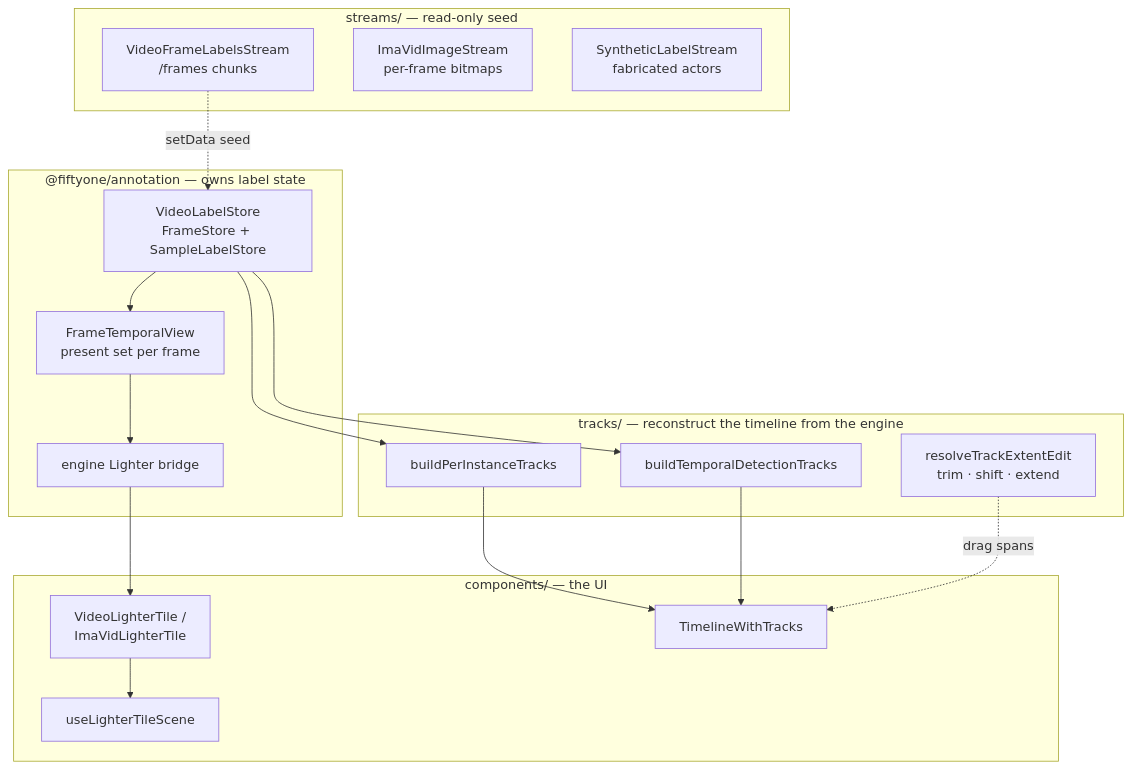
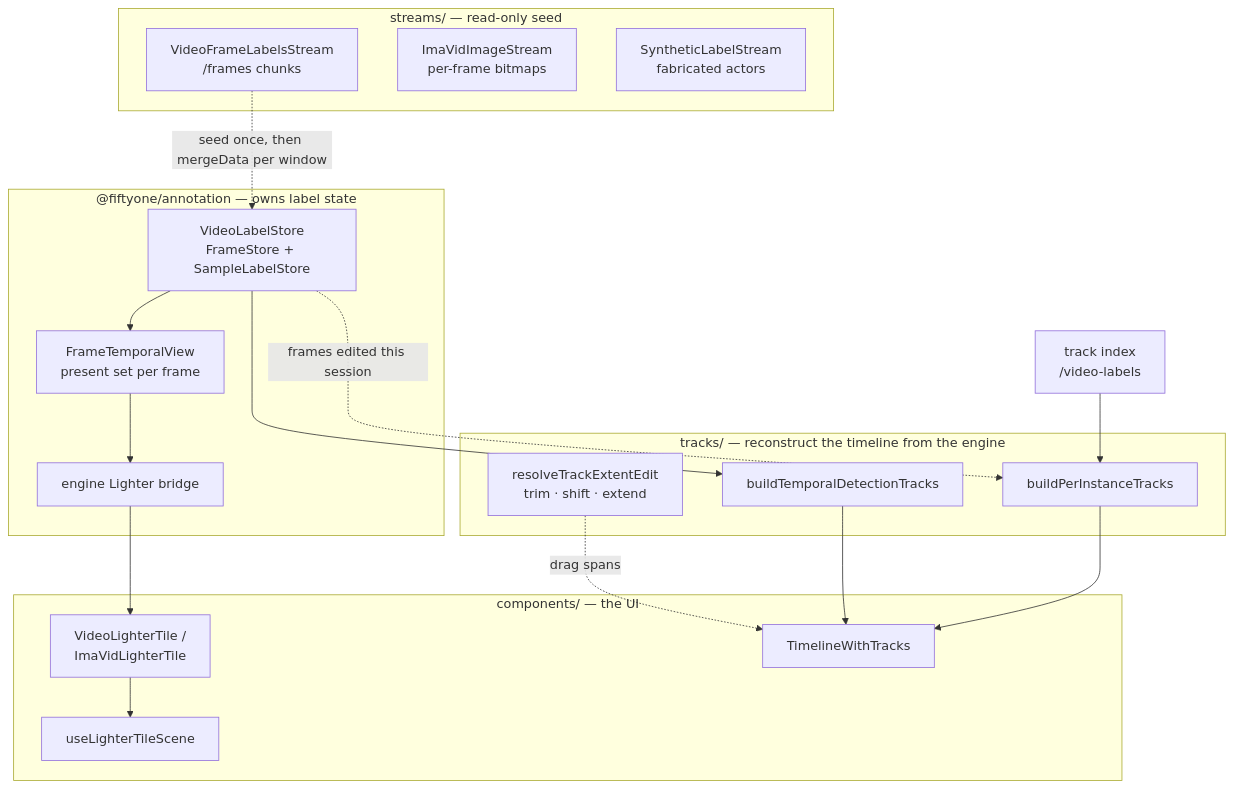
The third of 5 diagrams in app/packages/video-annotation/README.md (voxel51/fiftyone), drawn with Mermaid before and after one commit. The commit also changed other lines of this file and 6 other files, not shown here.

````diff
--- a/app/packages/video-annotation/README.md
+++ b/app/packages/video-annotation/README.md
@@ -129,31 +138,33 @@
 ```mermaid
 flowchart TB
     subgraph streams["streams/ — read-only seed"]
         VFLS[VideoFrameLabelsStream<br/>/frames chunks]
         IVS[ImaVidImageStream<br/>per-frame bitmaps]
         SLS[SyntheticLabelStream<br/>fabricated actors]
     end
     subgraph engine["@fiftyone/annotation — owns label state"]
         VLS[VideoLabelStore<br/>FrameStore + SampleLabelStore]
         TV[FrameTemporalView<br/>present set per frame]
         BR[engine Lighter bridge]
     end
     subgraph tracks["tracks/ — reconstruct the timeline from the engine"]
         FT[buildPerInstanceTracks]
         TDT[buildTemporalDetectionTracks]
         TEE[resolveTrackExtentEdit<br/>trim · shift · extend]
     end
     subgraph comp["components/ — the UI"]
         TILE[VideoLighterTile /<br/>ImaVidLighterTile]
         SCENE[useLighterTileScene]
         TL[TimelineWithTracks]
     end
 
-    VFLS -. setData seed .-> VLS
+    VFLS -. seed once, then mergeData per window .-> VLS
     VLS --> TV --> BR
-    VLS --> FT & TDT
+    IDX[track index<br/>/video-labels] --> FT
+    VLS -. frames edited this session .-> FT
+    VLS --> TDT
     FT & TDT --> TL
     TEE -. drag spans .-> TL
     TILE --> SCENE
     BR --> TILE
 ```
````
